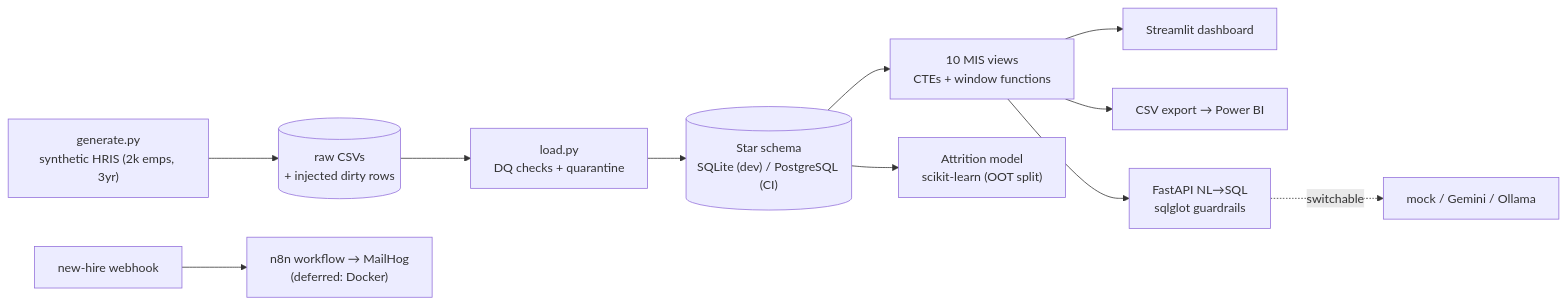
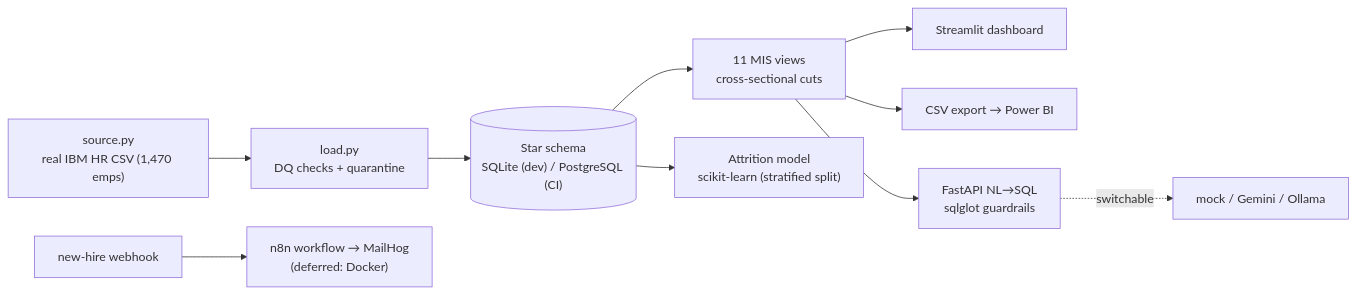
The diagram in README.md (immortalxmachine/peoplepulse), drawn with Mermaid before and after one commit. The commit also changed other lines of this file and 32 other files, not shown here.

First line of the commit message:
Rebuild on real IBM HR Attrition dataset (replace synthetic data)

````diff
--- a/README.md
+++ b/README.md
@@ -20,13 +37,12 @@
 ```mermaid
 flowchart LR
-    GEN["generate.py<br/>synthetic HRIS (2k emps, 3yr)"] --> RAW[("raw CSVs<br/>+ injected dirty rows")]
-    RAW --> ETL["load.py<br/>DQ checks + quarantine"]
-    ETL --> WH[("Star schema<br/>SQLite (dev) / PostgreSQL (CI)")]
-    WH --> VIEWS["10 MIS views<br/>CTEs + window functions"]
+    SRC["source.py<br/>real IBM HR CSV (1,470 emps)"] --> DQ["load.py<br/>DQ checks + quarantine"]
+    DQ --> WH[("Star schema<br/>SQLite (dev) / PostgreSQL (CI)")]
+    WH --> VIEWS["11 MIS views<br/>cross-sectional cuts"]
     VIEWS --> DASH["Streamlit dashboard"]
     VIEWS --> PBI["CSV export → Power BI"]
     VIEWS --> API["FastAPI NL→SQL<br/>sqlglot guardrails"]
-    WH --> MODEL["Attrition model<br/>scikit-learn (OOT split)"]
+    WH --> MODEL["Attrition model<br/>scikit-learn (stratified split)"]
     API -. "switchable" .-> LLM["mock / Gemini / Ollama"]
     HIRE["new-hire webhook"] --> N8N["n8n workflow → MailHog<br/>(deferred: Docker)"]
 ```
````
